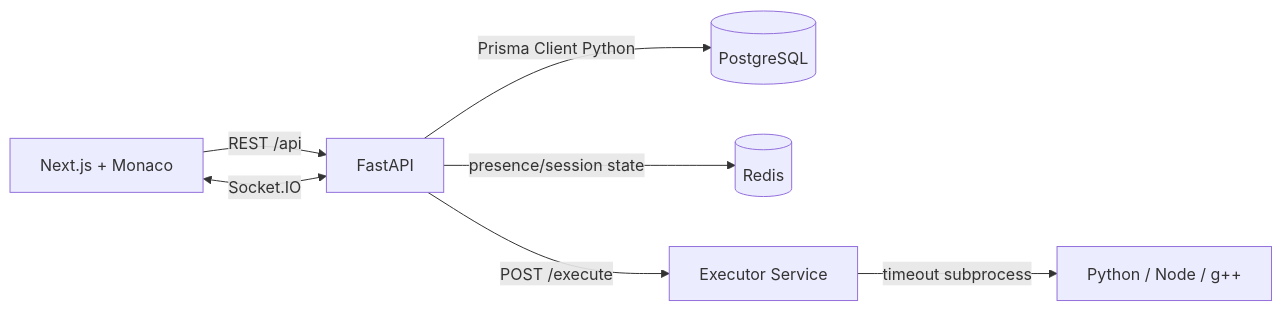
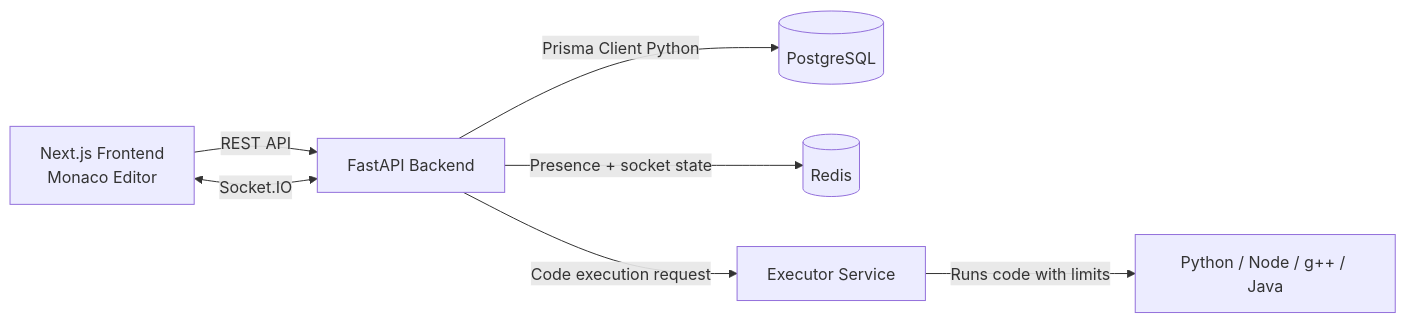
Before and after one commit to krish-mittal1/Aether: the first of 3 diagrams in collab-code-editor/README.md, drawn with Mermaid. The commit also changed other lines of this file, not shown here.

````diff
--- a/collab-code-editor/README.md
+++ b/collab-code-editor/README.md
@@ -27,9 +70,11 @@
 ```mermaid
 flowchart LR
-  Browser[Next.js + Monaco] -->|REST /api| API[FastAPI]
-  Browser <-->|Socket.IO| API
-  API -->|Prisma Client Python| PG[(PostgreSQL)]
-  API -->|presence/session state| Redis[(Redis)]
-  API -->|POST /execute| Exec[Executor Service]
-  Exec -->|timeout subprocess| Runtime[Python / Node / g++]
+    Browser["Next.js Frontend<br/>Monaco Editor"] -->|"REST API"| Backend["FastAPI Backend"]
+    Browser <-->|"Socket.IO"| Backend
+
+    Backend -->|"Prisma Client Python"| Postgres[("PostgreSQL")]
+    Backend -->|"Presence + socket state"| Redis[("Redis")]
+    Backend -->|"Code execution request"| Executor["Executor Service"]
+
+    Executor -->|"Runs code with limits"| Runtime["Python / Node / g++ / Java"]
 ```
````
